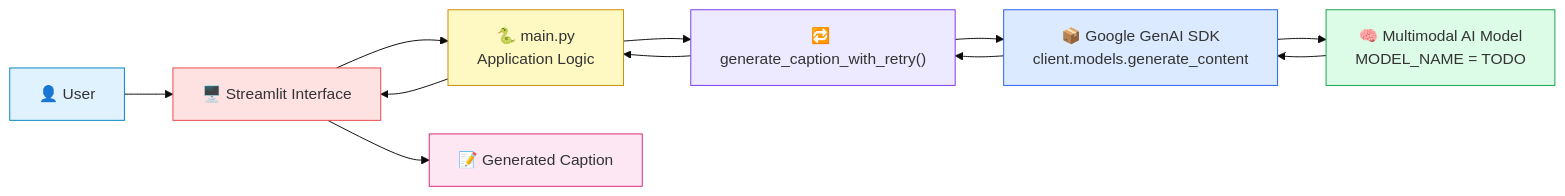
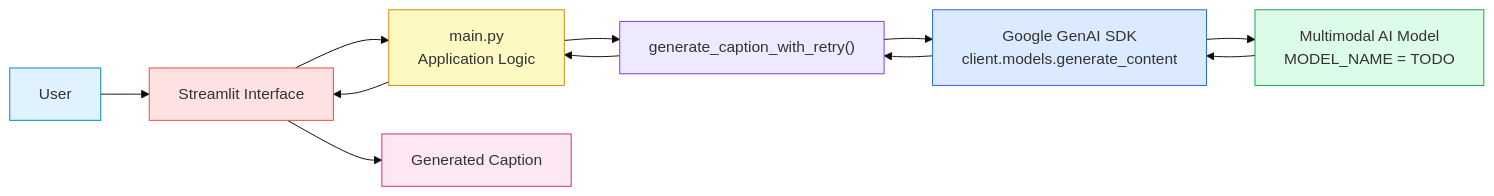
One commit to vismayab21/Image-caption changed the first of 4 diagrams in README.md. Above: the diagram before and after it, drawn with Mermaid (base theme). The commit also changed other lines of this file, not shown here.

Commit message:
Fix formatting and update README content

````diff
--- a/README.md
+++ b/README.md
@@ -68,21 +68,21 @@
 ```mermaid
 flowchart LR
-    U["👤 User"] --> UI["🖥️ Streamlit Interface"]
-    UI --> APP["🐍 main.py<br/>Application Logic"]
-    APP --> RETRY["🔁 generate_caption_with_retry()"]
-    RETRY --> SDK["📦 Google GenAI SDK<br/>client.models.generate_content"]
-    SDK --> MODEL["🧠 Multimodal AI Model<br/>MODEL_NAME = TODO"]
+    U[" User"] --> UI[" Streamlit Interface"]
+    UI --> APP[" main.py<br/>Application Logic"]
+    APP --> RETRY[" generate_caption_with_retry()"]
+    RETRY --> SDK[" Google GenAI SDK<br/>client.models.generate_content"]
+    SDK --> MODEL[" Multimodal AI Model<br/>MODEL_NAME = TODO"]
     MODEL --> SDK
     SDK --> RETRY
     RETRY --> APP
     APP --> UI
-    UI --> OUT["📝 Generated Caption"]
+    UI --> OUT[" Generated Caption"]
 
     style U fill:#e0f2fe,stroke:#0284c7
     style UI fill:#fee2e2,stroke:#ef4444
     style APP fill:#fef9c3,stroke:#ca8a04
     style RETRY fill:#ede9fe,stroke:#7c3aed
     style SDK fill:#dbeafe,stroke:#2563eb
     style MODEL fill:#dcfce7,stroke:#16a34a
     style OUT fill:#fce7f3,stroke:#db2777
 ```
````
